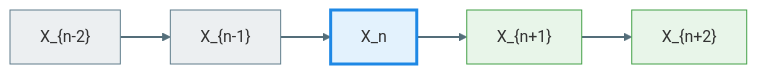
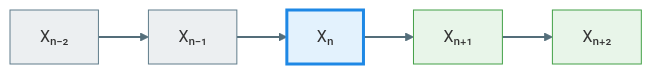
The diagram in Math/Stochastic Process/Chapter 1.md (Ayaya-daze/Notes), drawn with Mermaid (base theme) before and after one commit.

````diff
--- a/Math/Stochastic Process/Chapter 1.md
+++ b/Math/Stochastic Process/Chapter 1.md
@@ -12,17 +12,17 @@
 ```mermaid
 flowchart LR
 
-P1["X_{n-2}"] --> P2["X_{n-1}"] --> N["X_n"]
-N --> F1["X_{n+1}"] --> F2["X_{n+2}"]
+P1["Xₙ₋₂"] --> P2["Xₙ₋₁"] --> N["Xₙ"]
+N --> F1["Xₙ₊₁"] --> F2["Xₙ₊₂"]
 
 %% 颜色
 style P1 fill:#ECEFF1,stroke:#607D8B
 style P2 fill:#ECEFF1,stroke:#607D8B
 
 style N fill:#E3F2FD,stroke:#1E88E5,stroke-width:3px
 
 style F1 fill:#E8F5E9,stroke:#43A047
 style F2 fill:#E8F5E9,stroke:#43A047
 
 linkStyle default stroke:#546E7A,stroke-width:2px
 ```
````
